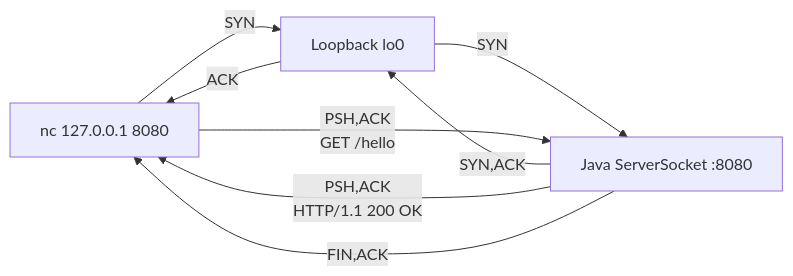
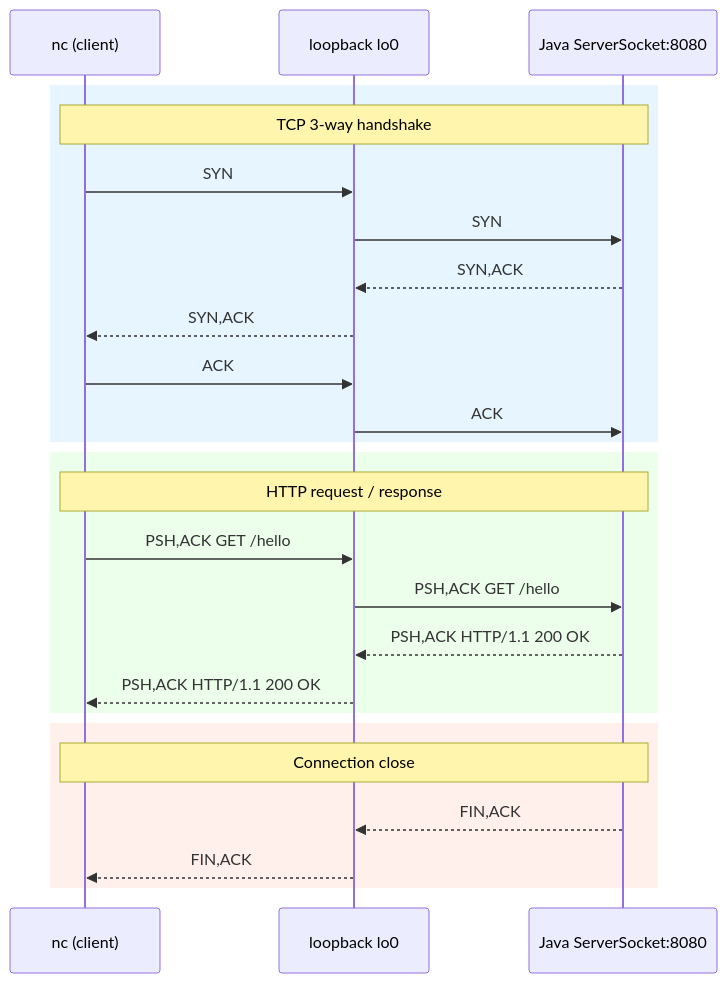
Before and after one commit to Kazuki0320/Web-under-the-hood: the diagram in 04-wireshark-local-http/QIITA_WIRESHARK_NC_TCP_HTTP_FLOW.md, drawn with Mermaid. The commit also changed other lines of this file, not shown here.

Commit message:
Polish wording in 04 Qiita draft

````diff
--- a/04-wireshark-local-http/QIITA_WIRESHARK_NC_TCP_HTTP_FLOW.md
+++ b/04-wireshark-local-http/QIITA_WIRESHARK_NC_TCP_HTTP_FLOW.md
@@ -14,10 +15,30 @@
 ```mermaid
-flowchart LR
-    N["nc 127.0.0.1 8080"] -->|"SYN"| L["Loopback lo0"]
-    L -->|"SYN"| J["Java ServerSocket :8080"]
-    J -->|"SYN,ACK"| L
-    L -->|"ACK"| N
-    N -->|"PSH,ACK\nGET /hello"| J
-    J -->|"PSH,ACK\nHTTP/1.1 200 OK"| N
-    J -->|"FIN,ACK"| N
+sequenceDiagram
+    participant N as nc (client)
+    participant L as loopback lo0
+    participant J as Java ServerSocket:8080
+
+    rect rgb(230,245,255)
+    Note over N,J: TCP 3-way handshake
+    N->>L: SYN
+    L->>J: SYN
+    J-->>L: SYN,ACK
+    L-->>N: SYN,ACK
+    N->>L: ACK
+    L->>J: ACK
+    end
+
+    rect rgb(235,255,235)
+    Note over N,J: HTTP request / response
+    N->>L: PSH,ACK GET /hello
+    L->>J: PSH,ACK GET /hello
+    J-->>L: PSH,ACK HTTP/1.1 200 OK
+    L-->>N: PSH,ACK HTTP/1.1 200 OK
+    end
+
+    rect rgb(255,240,235)
+    Note over N,J: Connection close
+    J-->>L: FIN,ACK
+    L-->>N: FIN,ACK
+    end
 ```
````
